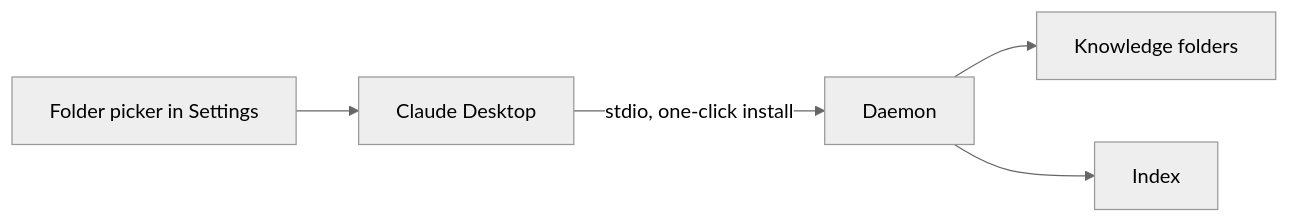
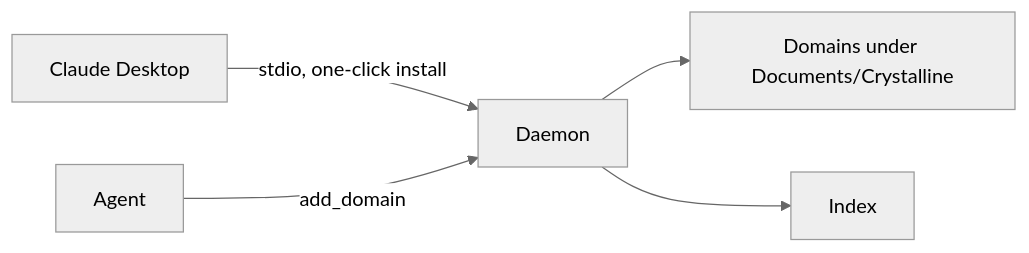
Before and after one commit to jordiboehme/crystalline: the second of 8 diagrams in docs/deployment.md, drawn with Mermaid (neutral theme). The commit also changed other lines of this file and 20 other files, not shown here.

````diff
--- a/docs/deployment.md
+++ b/docs/deployment.md
@@ -29,7 +29,7 @@
 ```mermaid
 flowchart LR
-    U[Folder picker in Settings] --> CD[Claude Desktop]
-    CD -->|stdio, one-click install| D[Daemon]
-    D --> K[Knowledge folders]
+    CD[Claude Desktop] -->|stdio, one-click install| D[Daemon]
+    A[Agent] -->|add_domain| D
+    D --> K[Domains under Documents/Crystalline]
     D --> I[Index]
 ```
````
